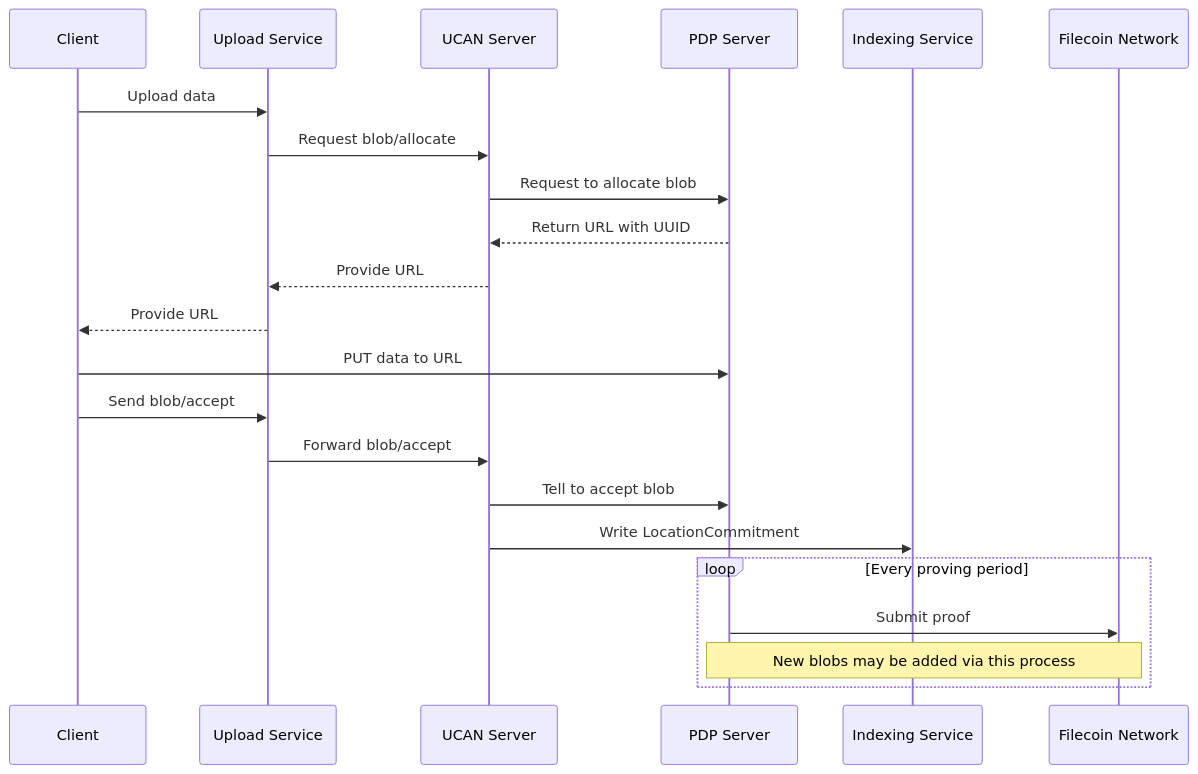
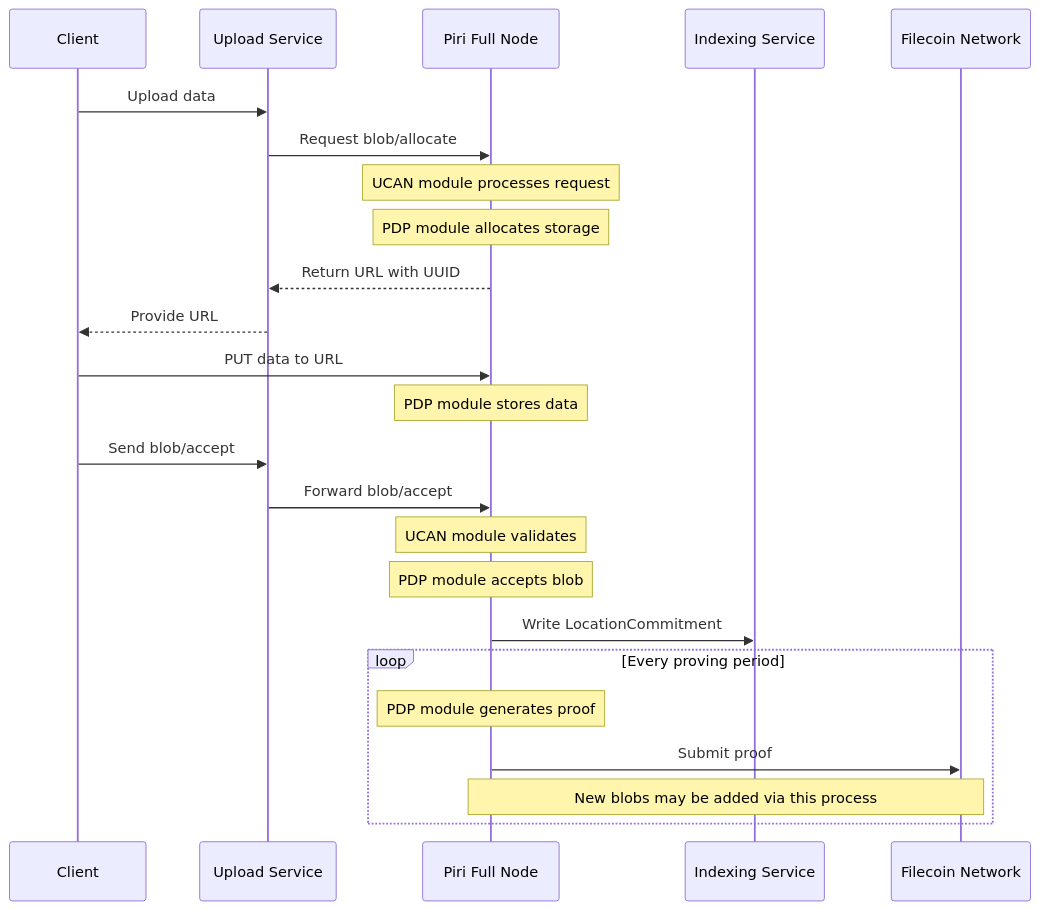
One commit to storacha/piri changed the diagram in docs/architecture.md. Above: the diagram before and after it, drawn with Mermaid. The commit also changed other lines of this file and 8 other files, not shown here.

````diff
--- a/docs/architecture.md
+++ b/docs/architecture.md
@@ -52,28 +72,30 @@
 ```mermaid
 sequenceDiagram
     participant Client
     participant UploadService as Upload Service
-    participant UCANServer as UCAN Server
-    participant PDPServer as PDP Server
+    participant Piri as Piri Full Node
     participant IndexingService as Indexing Service
     participant Filecoin as Filecoin Network
 
     Client->>UploadService: Upload data
-    UploadService->>UCANServer: Request blob/allocate
-    UCANServer->>PDPServer: Request to allocate blob
-    PDPServer-->>UCANServer: Return URL with UUID
-    UCANServer-->>UploadService: Provide URL
+    UploadService->>Piri: Request blob/allocate
+    Note over Piri: UCAN module processes request
+    Note over Piri: PDP module allocates storage
+    Piri-->>UploadService: Return URL with UUID
     UploadService-->>Client: Provide URL
     
-    Client->>PDPServer: PUT data to URL
+    Client->>Piri: PUT data to URL
+    Note over Piri: PDP module stores data
     
     Client->>UploadService: Send blob/accept
-    UploadService->>UCANServer: Forward blob/accept
-    UCANServer->>PDPServer: Tell to accept blob
-    UCANServer->>IndexingService: Write LocationCommitment
+    UploadService->>Piri: Forward blob/accept
+    Note over Piri: UCAN module validates
+    Note over Piri: PDP module accepts blob
+    Piri->>IndexingService: Write LocationCommitment
     
     loop Every proving period
-        PDPServer->>Filecoin: Submit proof
-        Note over PDPServer,Filecoin: New blobs may be added via this process
+        Note over Piri: PDP module generates proof
+        Piri->>Filecoin: Submit proof
+        Note over Piri,Filecoin: New blobs may be added via this process
     end
 ```
````
